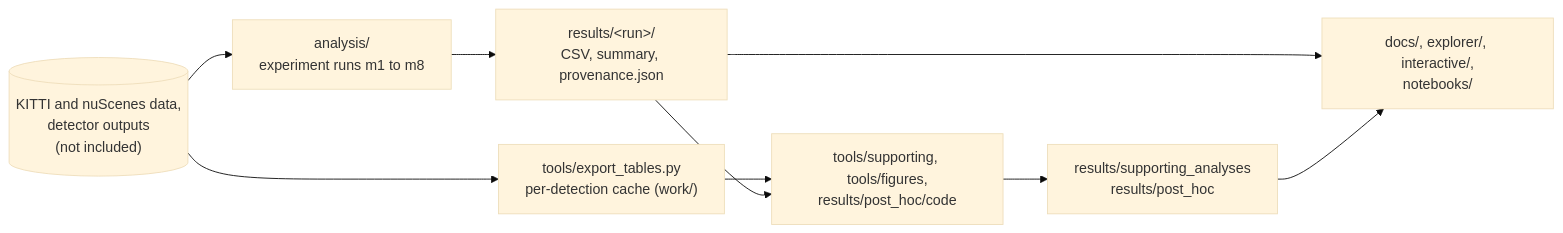
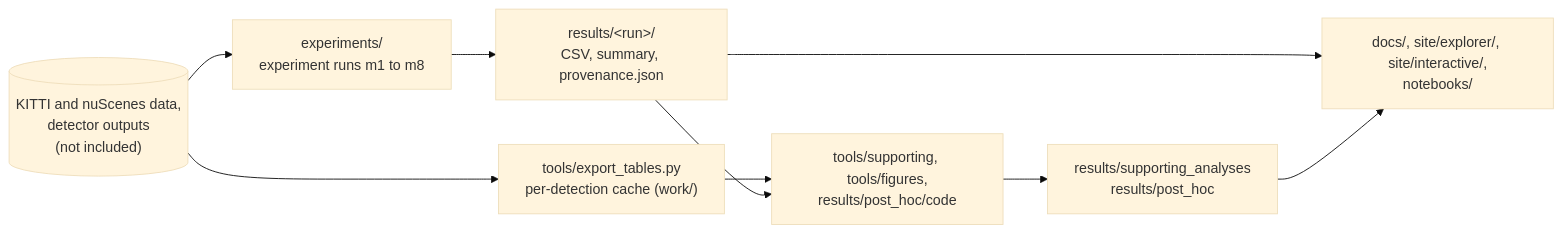
The second of 2 diagrams in README.md (milinpatel07/lidar-performance-target-applicability), drawn with Mermaid (base theme) before and after one commit. The commit also changed other lines of this file and 174 other files, not shown here.

Commit message:
Reorganise for readers: site, experiments, tests and environment folders; result folders named by content; docs index and editorial revision

````diff
--- a/README.md
+++ b/README.md
@@ -107,11 +149,11 @@
 ```mermaid
 flowchart LR
-  D[("KITTI and nuScenes data,<br/>detector outputs<br/>(not included)")] --> A["analysis/<br/>experiment runs m1 to m8"]
+  D[("KITTI and nuScenes data,<br/>detector outputs<br/>(not included)")] --> A["experiments/<br/>experiment runs m1 to m8"]
   A --> R["results/&lt;run&gt;/<br/>CSV, summary, provenance.json"]
   D --> X["tools/export_tables.py<br/>per-detection cache (work/)"]
   X --> T["tools/supporting, tools/figures,<br/>results/post_hoc/code"]
   R --> T
   T --> S["results/supporting_analyses<br/>results/post_hoc"]
-  R --> V["docs/, explorer/, interactive/,<br/>notebooks/"]
+  R --> V["docs/, site/explorer/, site/interactive/,<br/>notebooks/"]
   S --> V
 ```
````
